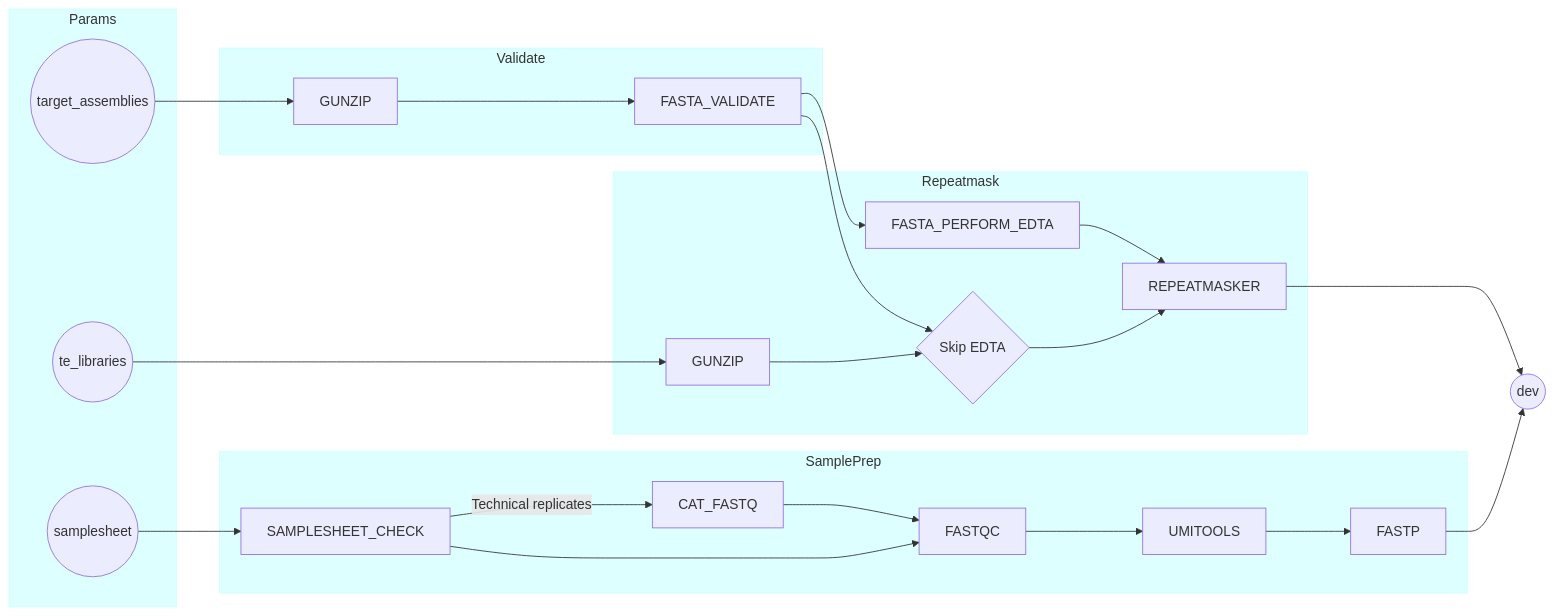
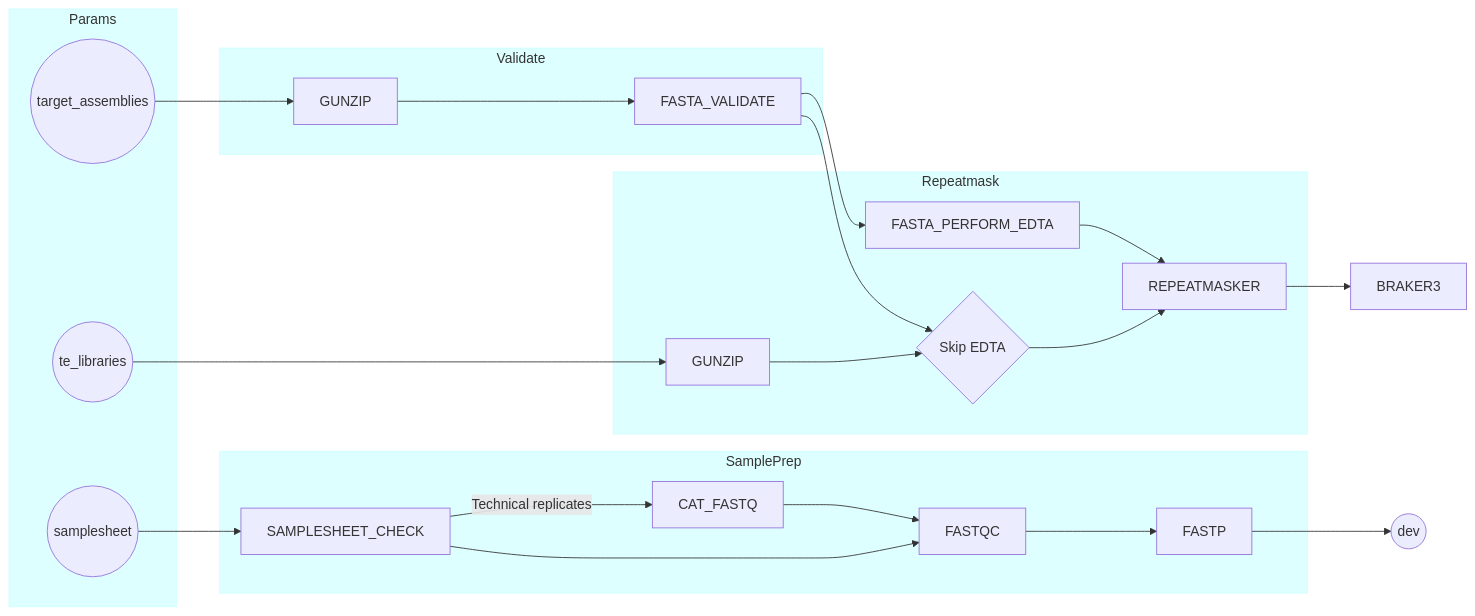
One commit to rosscrowhurst/genepal changed the diagram in README.md. Above: the diagram before and after it, drawn with Mermaid.

Commit message:
Updated flow

````diff
--- a/README.md
+++ b/README.md
@@ -6,59 +6,57 @@
 ```mermaid
 flowchart LR
     TARGET_ASSEMBLIES((target_assemblies))
     TE_LIBRARIES((te_libraries))
     SAMPLESHEET((samplesheet))
     GUNZIP_TE[GUNZIP]
     SKIP_EDTA{Skip EDTA}
     pend((dev))
     
     TARGET_ASSEMBLIES --> GUNZIP
     GUNZIP --> FASTA_VALIDATE
     FASTA_VALIDATE --> FASTA_PERFORM_EDTA
     FASTA_VALIDATE --> SKIP_EDTA
     
     TE_LIBRARIES --> GUNZIP_TE
     GUNZIP_TE --> SKIP_EDTA
     SKIP_EDTA --> REPEATMASKER
     FASTA_PERFORM_EDTA --> REPEATMASKER
-    REPEATMASKER --> pend
+    REPEATMASKER --> BRAKER3
 
     SAMPLESHEET --> SAMPLESHEET_CHECK
     SAMPLESHEET_CHECK --> |Technical replicates|CAT_FASTQ
     CAT_FASTQ --> FASTQC
     SAMPLESHEET_CHECK --> FASTQC
-    FASTQC --> UMITOOLS
-    UMITOOLS --> FASTP
+    FASTQC --> FASTP
     FASTP --> pend
 
     subgraph Params
     TARGET_ASSEMBLIES
     TE_LIBRARIES
     SAMPLESHEET
     end
 
     subgraph Validate
     GUNZIP
     FASTA_VALIDATE
     end
 
     subgraph Repeatmask
     GUNZIP_TE
     FASTA_PERFORM_EDTA
     SKIP_EDTA
     REPEATMASKER
     end
 
     subgraph SamplePrep
     SAMPLESHEET_CHECK
     CAT_FASTQ
     FASTQC
-    UMITOOLS
     FASTP
     end
 
     style Params fill:#00FFFF21,stroke:#00FFFF21
     style Validate fill:#00FFFF21,stroke:#00FFFF21
     style Repeatmask fill:#00FFFF21,stroke:#00FFFF21
     style SamplePrep fill:#00FFFF21,stroke:#00FFFF21
 ```
````
